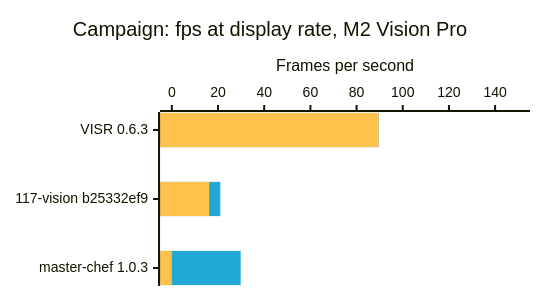
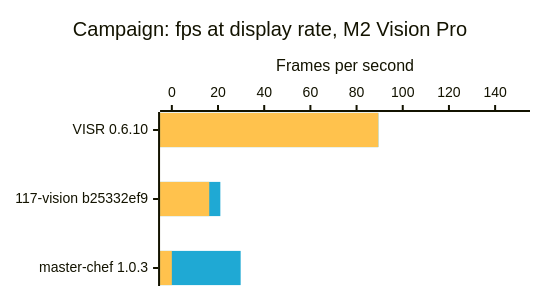
Before and after one commit to VISR-CE/visr: the eighth of 8 diagrams in docs/benchmarks.md, drawn with Mermaid. The commit also changed other lines of this file and 3 other files, not shown here.

````diff
--- a/docs/benchmarks.md
+++ b/docs/benchmarks.md
@@ -228,17 +228,17 @@
 ```mermaid
 ---
 config:
   xyChart:
     width: 520
     height: 276
   themeVariables:
     xyChart:
       plotColorPalette: "#1fa9d4, #ffc24d"
 ---
 xychart-beta horizontal
     title "Campaign: fps at display rate, M2 Vision Pro"
-    x-axis "" ["VISR 0.6.3", "117-vision b25332ef9", "master-chef 1.0.3"]
+    x-axis "" ["VISR 0.6.10", "117-vision b25332ef9", "master-chef 1.0.3"]
     y-axis "Frames per second" 0 --> 150
-    bar [89.5, 21, 29.8]
-    bar [89.5, 16.2, 0]
+    bar [89.4, 21, 29.8]
+    bar [89.4, 16.2, 0]
 ```
````
